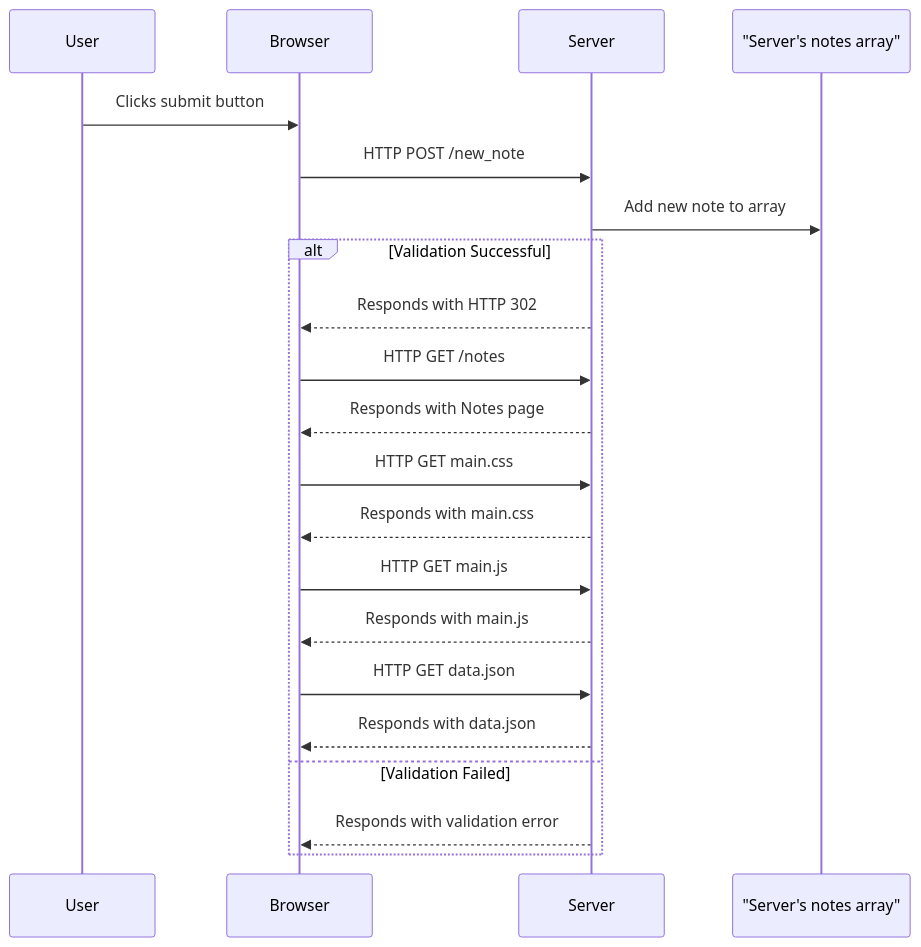
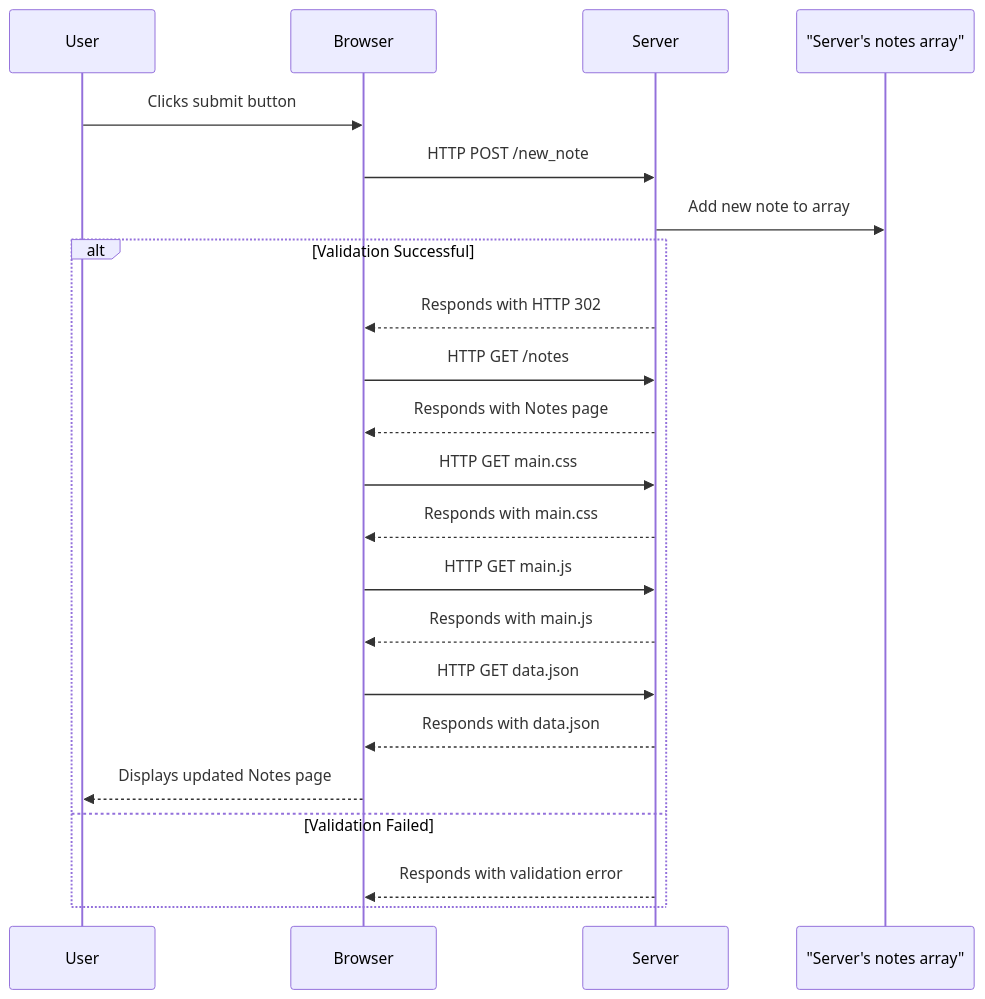
The diagram in part0/0.4.mmd (ZamanS94/UniofHelsinki_FullStackOpen), drawn with Mermaid before and after one commit.

```diff
--- a/part0/0.4.mmd
+++ b/part0/0.4.mmd
@@ -1,22 +1,23 @@
 sequenceDiagram
     participant User as User
     participant Browser as Browser
     participant Server as Server
     participant NotesArray as "Server's notes array"
 
     User->>Browser: Clicks submit button
     Browser->>Server: HTTP POST /new_note
     Server->>NotesArray: Add new note to array
     alt Validation Successful
         Server-->>Browser: Responds with HTTP 302
         Browser->>Server: HTTP GET /notes
         Server-->>Browser: Responds with Notes page
         Browser->>Server: HTTP GET main.css
         Server-->>Browser: Responds with main.css
         Browser->>Server: HTTP GET main.js
         Server-->>Browser: Responds with main.js
         Browser->>Server: HTTP GET data.json
         Server-->>Browser: Responds with data.json
+        Browser-->>User: Displays updated Notes page
     else Validation Failed
         Server-->>Browser: Responds with validation error
     end
```
